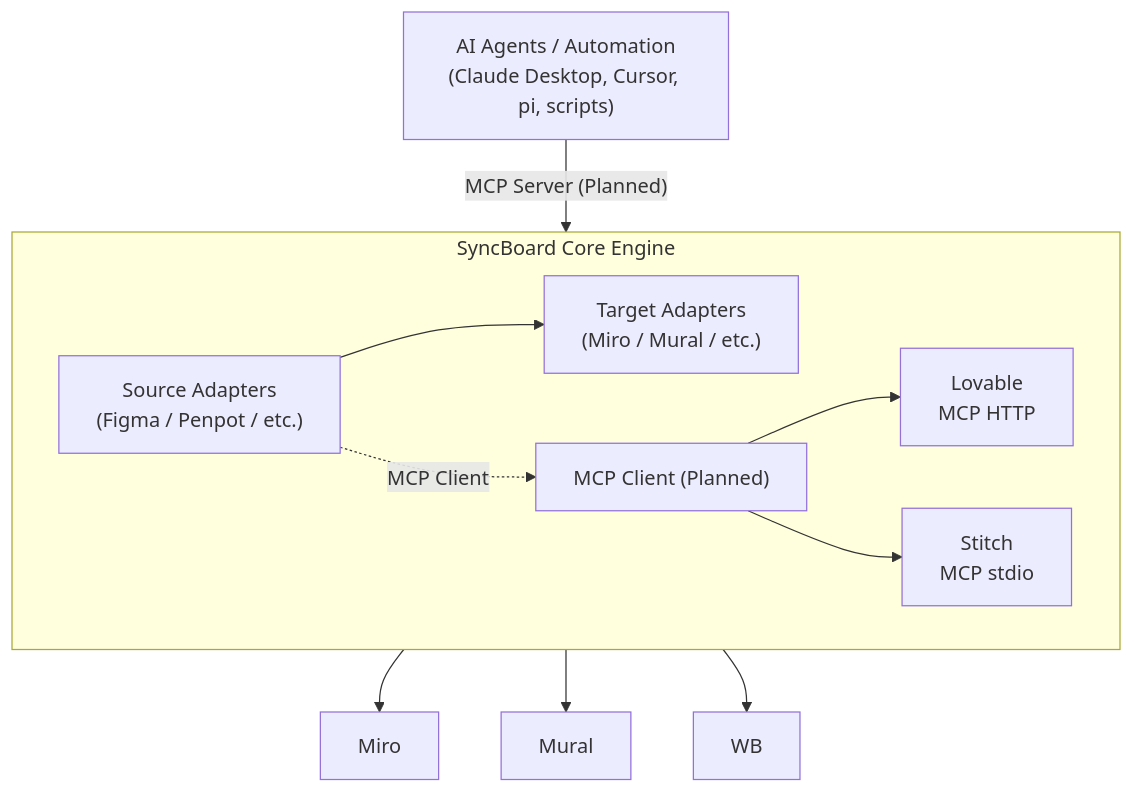
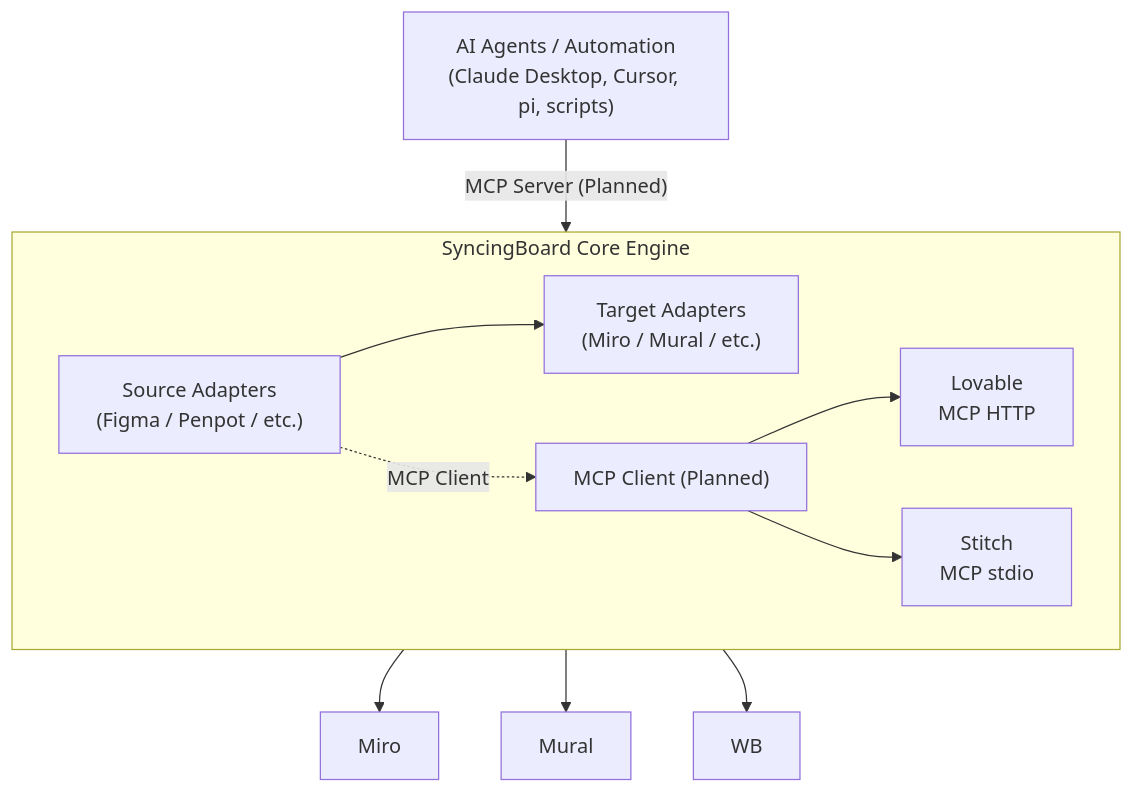
The diagram in doc/architecture.md (luismichio/syncboard), drawn with Mermaid before and after one commit. The commit also changed other lines of this file and 62 other files, not shown here.

Commit message:
refactor(brand): migrate project, assets, storage keys, and domains to SyncingBoard

````diff
--- a/doc/architecture.md
+++ b/doc/architecture.md
@@ -73,20 +73,20 @@
 ```mermaid
 graph TD
   agents["AI Agents / Automation<br/>(Claude Desktop, Cursor, pi, scripts)"]
-  subgraph engine["SyncBoard Core Engine"]
+  subgraph engine["SyncingBoard Core Engine"]
     direction LR
     sa["Source Adapters<br/>(Figma / Penpot / etc.)"]
     ta["Target Adapters<br/>(Miro / Mural / etc.)"]
     mcp["MCP Client (Planned)"]
     lovable["Lovable<br/>MCP HTTP"]
     stitch["Stitch<br/>MCP stdio"]
     sa --> ta
     sa -.->|MCP Client| mcp
     mcp --> lovable
     mcp --> stitch
   end
   ta --> miro["Miro"]
   ta --> mural["Mural"]
   ta --> wb["WB"]
   agents -->|"MCP Server (Planned)"| engine
 ```
````
